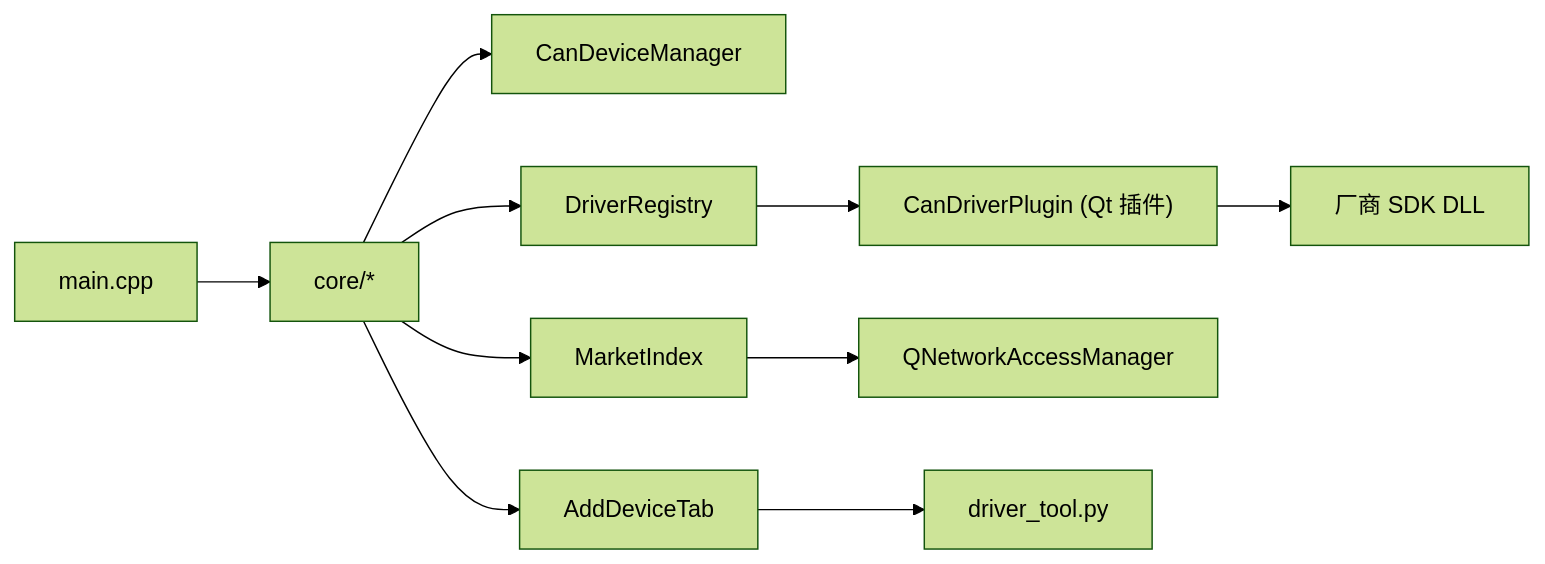
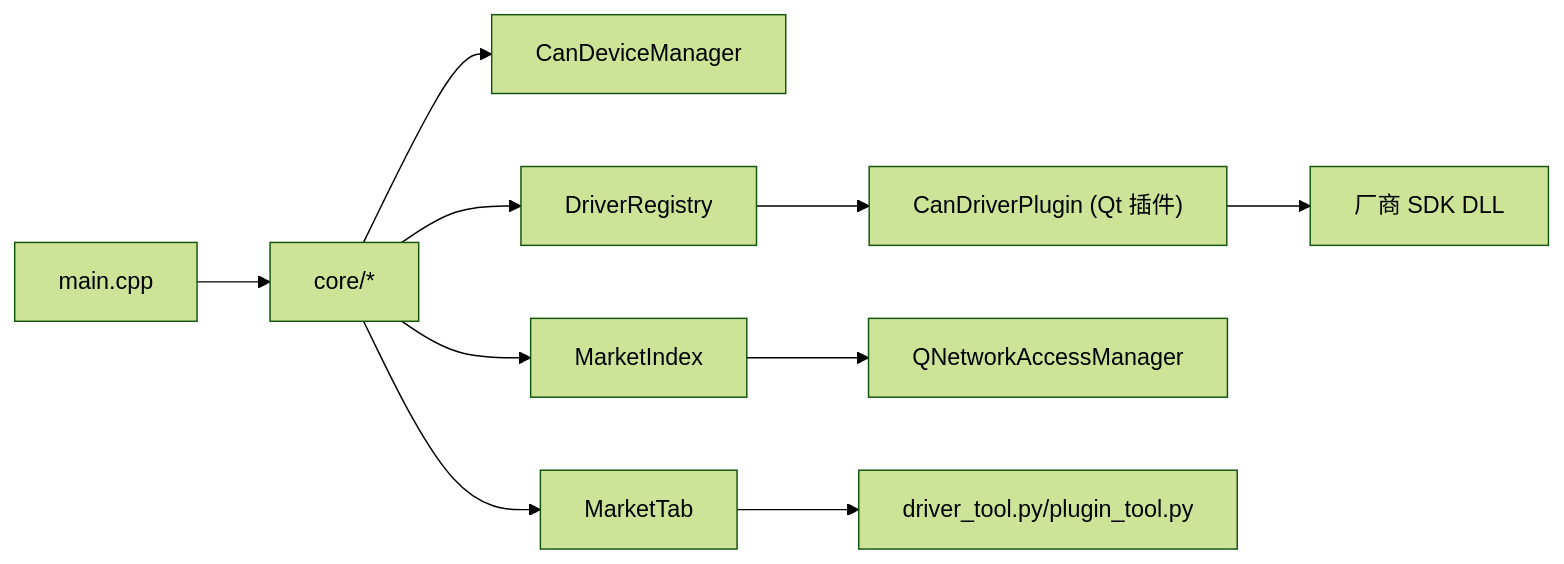
The ninth of 9 diagrams in .qoder/repowiki/zh/content/架构设计/驱动系统方案.md (jakecai1225-design/OpenBus), drawn with Mermaid (forest theme) before and after one commit. The commit also changed other lines of this file and 70 other files, not shown here.

````diff
--- a/.qoder/repowiki/zh/content/架构设计/驱动系统方案.md
+++ b/.qoder/repowiki/zh/content/架构设计/驱动系统方案.md
@@ -347,12 +343,12 @@
 ```mermaid
 graph LR
 Main["main.cpp"] --> Core["core/*"]
 Core --> DevMgr["CanDeviceManager"]
 Core --> Reg["DriverRegistry"]
 Core --> Index["MarketIndex"]
-Core --> UI["AddDeviceTab"]
+Core --> UI["MarketTab"]
 Reg --> Plugin["CanDriverPlugin (Qt 插件)"]
 Plugin --> Vendor["厂商 SDK DLL"]
 Index --> Network["QNetworkAccessManager"]
-UI --> Python["driver_tool.py"]
+UI --> Python["driver_tool.py/plugin_tool.py"]
 ```
````
